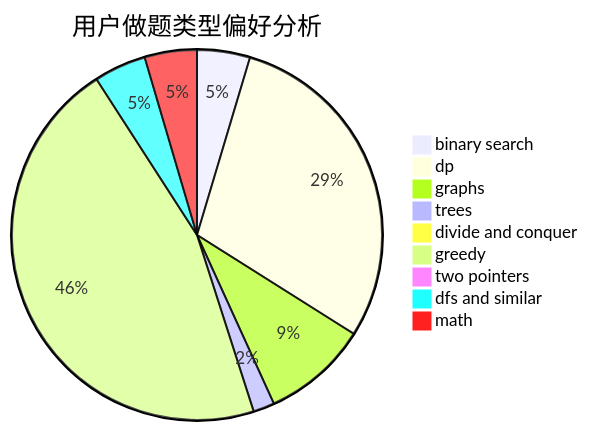
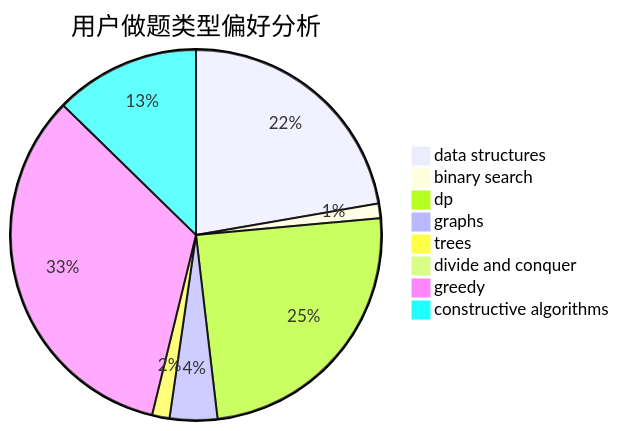
The second of 3 diagrams in docs/user/u511.md (sherpahu/cfrs.github.io), drawn with Mermaid before and after one commit. The commit also changed other lines of this file and 2775 other files, not shown here.

````diff
--- a/docs/user/u511.md
+++ b/docs/user/u511.md
@@ -23,12 +23,11 @@
 ```mermaid
 pie title 用户做题类型偏好分析
-    "binary search" :  77
-    "dp" :  489
-    "graphs" :  154
-    "trees" :  31
+    "data structures" :  365
+    "binary search" :  21
+    "dp" :  403
+    "graphs" :  68
+    "trees" :  25
     "divide and conquer" :  1
-    "greedy" :  764
-    "two pointers" :  5
-    "dfs and similar" :  76
-    "math" :  76
+    "greedy" :  549
+    "constructive algorithms" :  208
 ```
````
